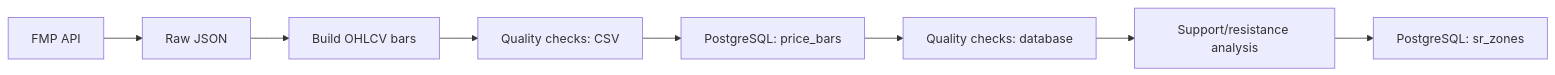
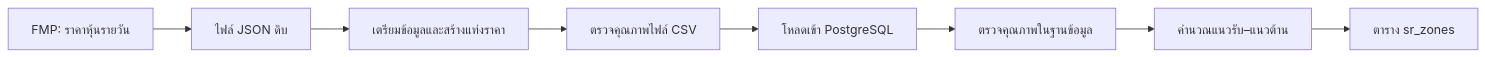
Before and after one commit to sinzyxz/Stock-Data: the diagram in README.md, drawn with Mermaid. The commit also changed other lines of this file, not shown here.

````diff
--- a/README.md
+++ b/README.md
@@ -19,10 +20,10 @@
 ```mermaid
 flowchart LR
-    A[FMP API] --> B[Raw JSON]
-    B --> C[Build OHLCV bars]
-    C --> D[Quality checks: CSV]
-    D --> E[PostgreSQL: price_bars]
-    E --> F[Quality checks: database]
-    F --> G[Support/resistance analysis]
-    G --> H[PostgreSQL: sr_zones]
+    A[FMP: ราคาหุ้นรายวัน] --> B[ไฟล์ JSON ดิบ]
+    B --> C[เตรียมข้อมูลและสร้างแท่งราคา]
+    C --> D[ตรวจคุณภาพไฟล์ CSV]
+    D --> E[โหลดเข้า PostgreSQL]
+    E --> F[ตรวจคุณภาพในฐานข้อมูล]
+    F --> G[คำนวณแนวรับ–แนวต้าน]
+    G --> H[ตาราง sr_zones]
 ```
````
